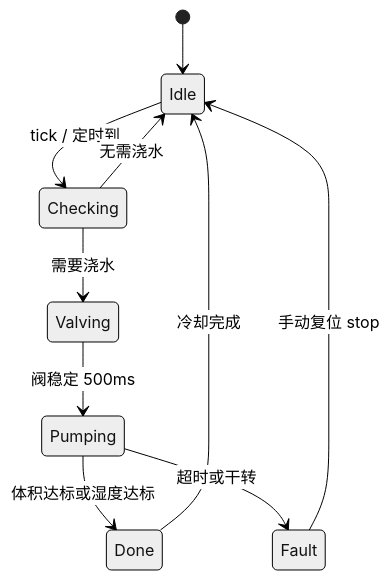
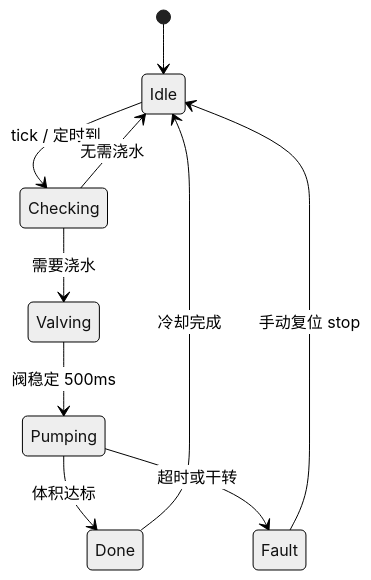
Before and after one commit to typhoon322/AutoWateringSystem: the third of 3 diagrams in docs/system-design.md, drawn with Mermaid (neutral theme). The commit also changed other lines of this file and 11 other files, not shown here.

````diff
--- a/docs/system-design.md
+++ b/docs/system-design.md
@@ -244,12 +244,12 @@
 ```mermaid
 stateDiagram-v2
     [*] --> Idle
     Idle --> Checking: tick / 定时到
     Checking --> Valving: 需要浇水
     Checking --> Idle: 无需浇水
     Valving --> Pumping: 阀稳定 500ms
-    Pumping --> Done: 体积达标或湿度达标
+    Pumping --> Done: 体积达标
     Pumping --> Fault: 超时或干转
     Done --> Idle: 冷却完成
     Fault --> Idle: 手动复位 stop
 ```
````
